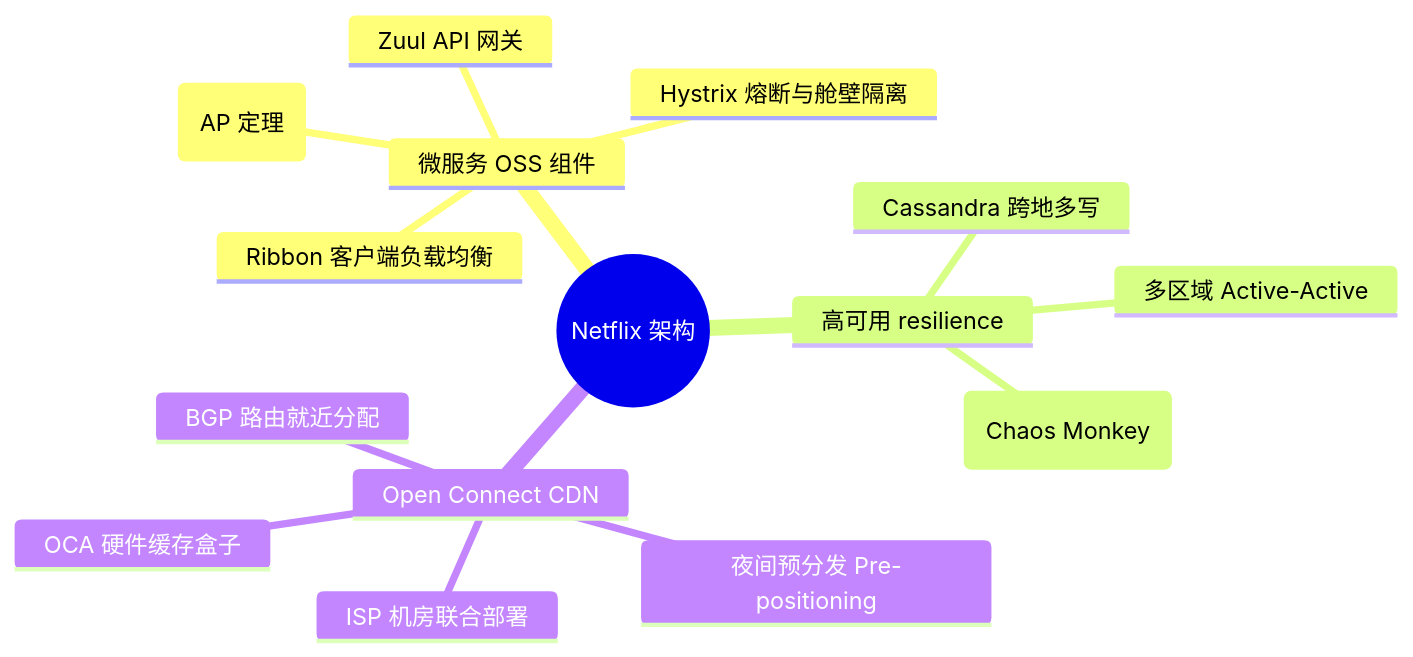
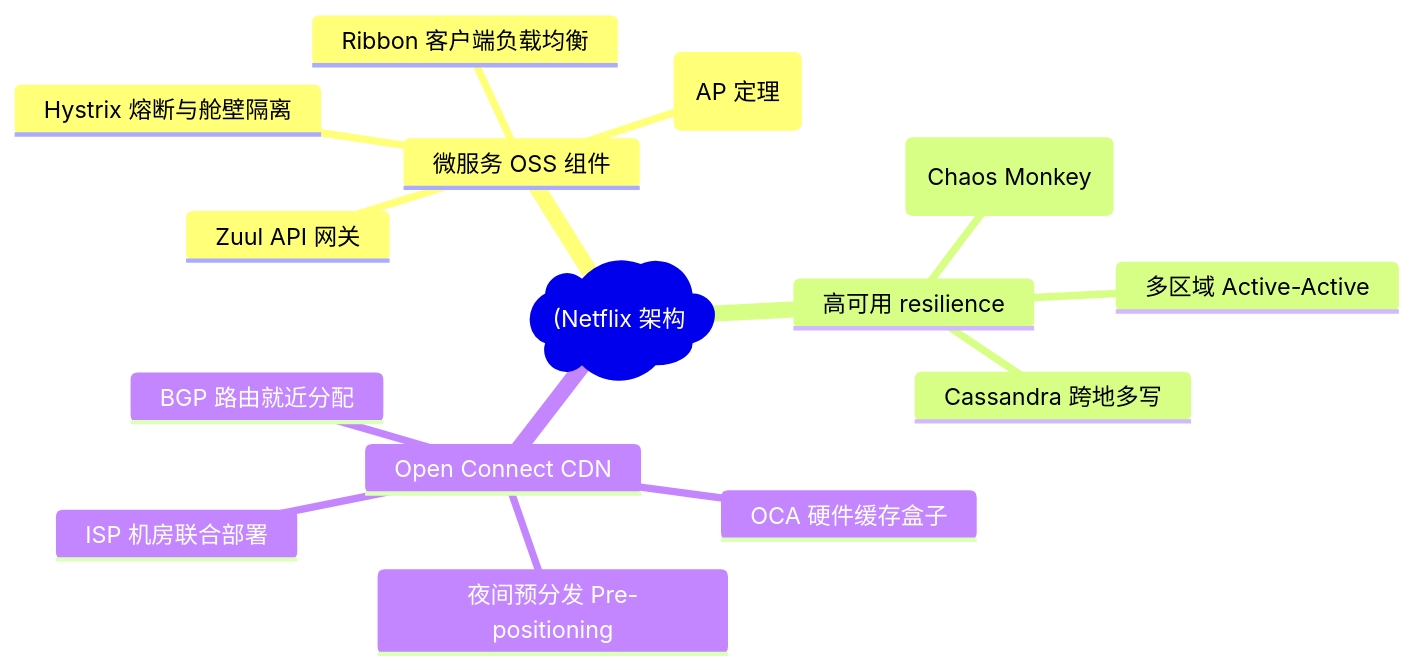
Before and after one commit to koosai/AI-Architect-Learning: the first of 8 diagrams in docs/atlas/netflix.mdx, drawn with Mermaid. The commit also changed other lines of this file and 187 other files, not shown here.

Commit message:
fix(mermaid): fix all unquoted parens and edge label syntax errors across all docs

````diff
--- a/docs/atlas/netflix.mdx
+++ b/docs/atlas/netflix.mdx
@@ -81,18 +81,18 @@
 ```mermaid
 mindmap
-  root((Netflix 架构))
+  root("(Netflix 架构"))
     微服务 OSS 组件
       Zuul API 网关
       Eureka 注册中心 (AP 定理)
       Hystrix 熔断与舱壁隔离
       Ribbon 客户端负载均衡
     高可用 resilience
       混沌工程 (Chaos Monkey)
       多区域 Active-Active
       Cassandra 跨地多写
     Open Connect CDN
       OCA 硬件缓存盒子
       ISP 机房联合部署
       BGP 路由就近分配
       夜间预分发 Pre-positioning
 ```
````
